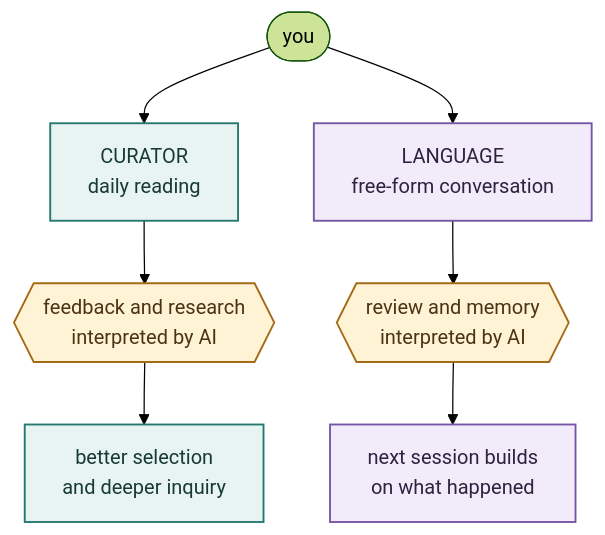
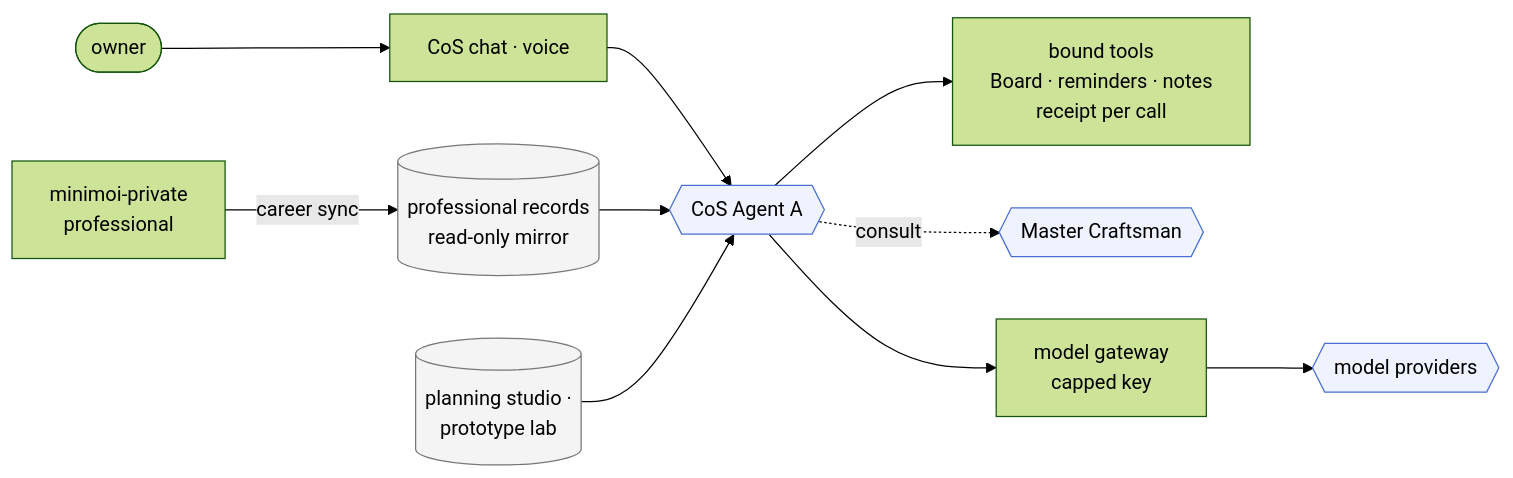
One commit to robertvanstedum/personal-ai-agents changed the third of 7 diagrams in README.md. Above: the diagram before and after it, drawn with Mermaid (forest theme). The commit also changed other lines of this file and 9 other files, not shown here.

First line of the commit message:
Key docs for mini-moi 1.2 beta: README, ARCHITECTURE and a terms appendix

````diff
--- a/README.md
+++ b/README.md
@@ -65,19 +194,16 @@
 ```mermaid
-flowchart TB
-    U([you])
-
-    U --> C1[CURATOR<br/>daily reading]
-    C1 --> C2{{feedback and research<br/>interpreted by AI}}
-    C2 --> C3[better selection<br/>and deeper inquiry]
-
-    U --> L1[LANGUAGE<br/>free-form conversation]
-    L1 --> L2{{review and memory<br/>interpreted by AI}}
-    L2 --> L3[next session builds<br/>on what happened]
-
-    classDef curator fill:#E7F4F1,stroke:#25776F,color:#173A36,stroke-width:1.5px
-    classDef language fill:#F2ECFA,stroke:#7655A6,color:#30223F,stroke-width:1.5px
-    classDef ai fill:#FFF3D6,stroke:#A56B16,color:#4C3312,stroke-width:1.5px
-    class C1,C3 curator
-    class L1,L3 language
-    class C2,L2 ai
+flowchart LR
+    O([owner]) --> P[CoS chat · voice]
+    P --> A{{CoS Agent A}}
+    A --> B[bound tools<br/>Board · reminders · notes<br/>receipt per call]
+    A -.->|consult| M{{Master Craftsman}}
+    A --> W[model gateway<br/>capped key]
+    W --> L{{model providers}}
+    PR[(professional records<br/>read-only mirror)] --> A
+    S[minimoi-private<br/>professional] -->|career sync| PR
+    PS[(planning studio ·<br/>prototype lab)] --> A
+    class A,M,L ai
+    class PR,PS store
+    classDef ai fill:#eef3ff,stroke:#4a6fd1
+    classDef store fill:#f4f4f4,stroke:#777
 ```
````
